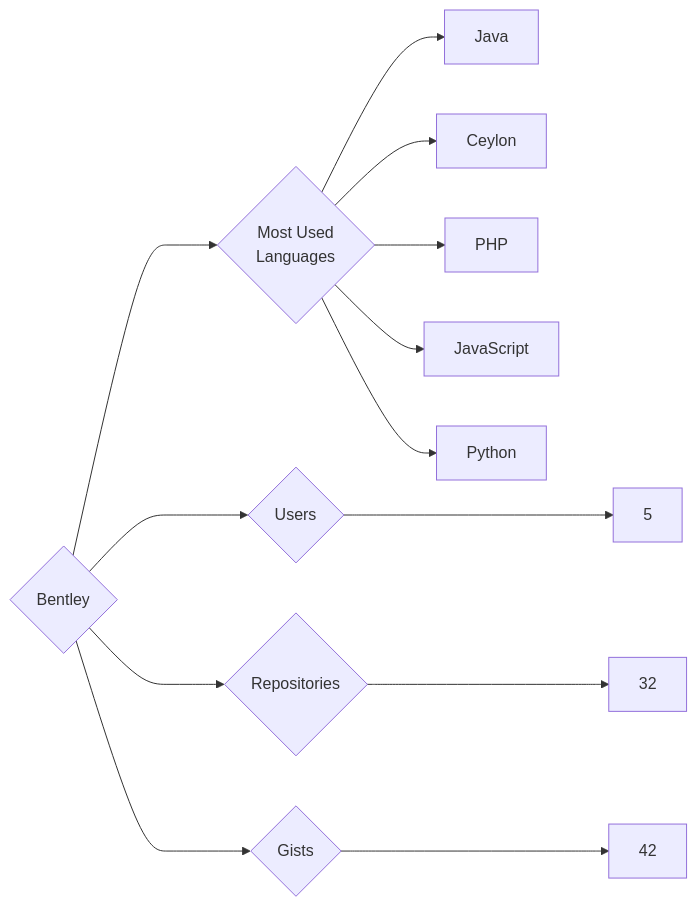
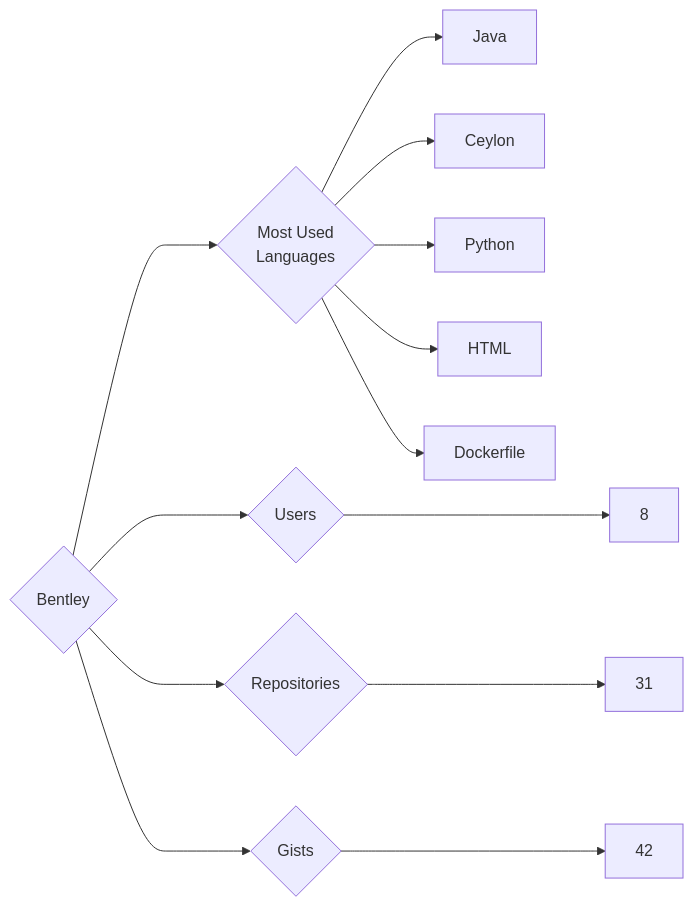
Before and after one commit to trickest/insiders: the diagram in targets/Bentley/README.md, drawn with Mermaid. The commit also changed 933 other files, not shown here.

````diff
--- a/targets/Bentley/README.md
+++ b/targets/Bentley/README.md
@@ -3,13 +3,13 @@
 ```mermaid
 graph LR
 COMPANY_NAME{Bentley}
-COMPANY_NAME ---> U{Users} ---> UN[5]
-COMPANY_NAME ---> R{Repositories} ---> RN[32]
+COMPANY_NAME ---> U{Users} ---> UN[8]
+COMPANY_NAME ---> R{Repositories} ---> RN[31]
 COMPANY_NAME ---> G{Gists} ---> GN[42]
 COMPANY_NAME ---> ML{Most Used<br>Languages}
 ML --> Java[Java]
 ML --> Ceylon[Ceylon]
-ML --> PHP[PHP]
-ML --> JavaScript[JavaScript]
 ML --> Python[Python]
+ML --> HTML[HTML]
+ML --> Dockerfile[Dockerfile]
 ```
````
